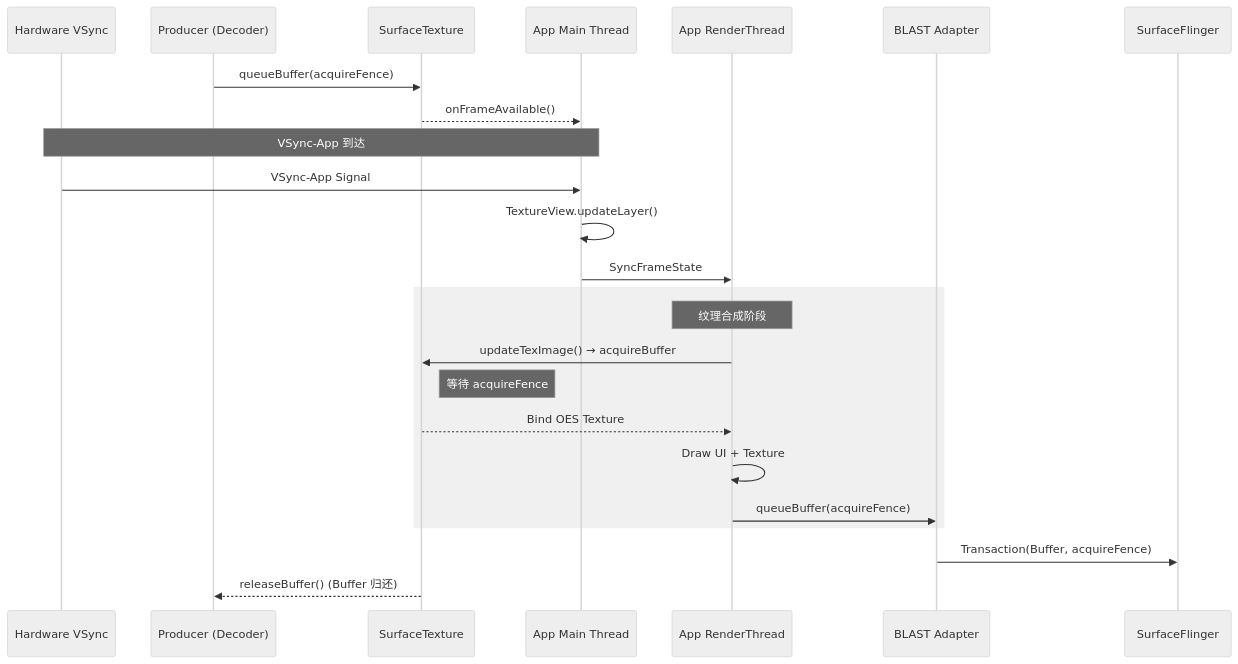
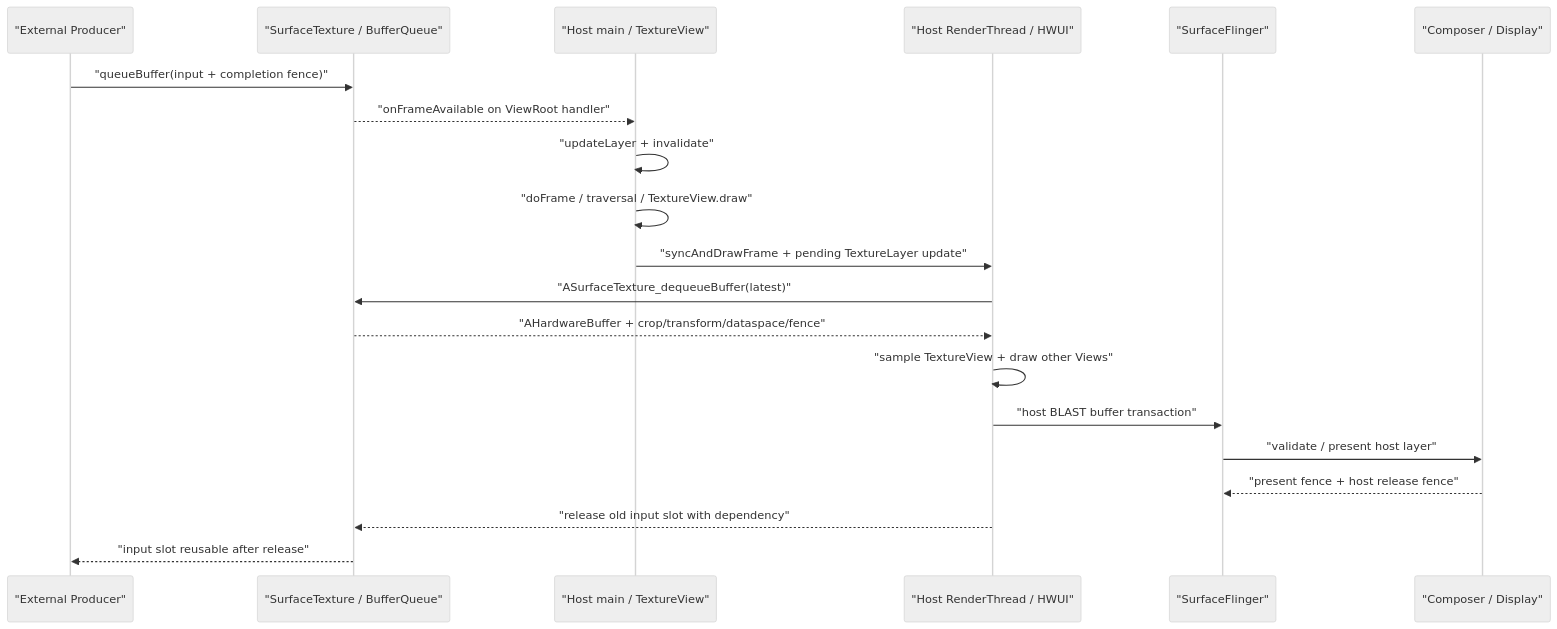
Before and after one commit to Gracker/android-internals-wiki: the diagram in src/part2-performance/ch18-rendering-pipelines/07-textureview.md, drawn with Mermaid (neutral theme). The commit also changed other lines of this file, not shown here.

Commit message:
docs(rendering): rebuild Android 17 TextureView pipeline

````diff
--- a/src/part2-performance/ch18-rendering-pipelines/07-textureview.md
+++ b/src/part2-performance/ch18-rendering-pipelines/07-textureview.md
@@ -114,30 +128,23 @@
 ```mermaid
 sequenceDiagram
-    participant HW as Hardware VSync
-    participant Prod as Producer (Decoder)
-    participant ST as SurfaceTexture
-    participant Main as App Main Thread
-    participant RT as App RenderThread
-    participant BBQ as BLAST Adapter
-    participant SF as SurfaceFlinger
+    participant P as "External Producer"
+    participant ST as "SurfaceTexture / BufferQueue"
+    participant UI as "Host main / TextureView"
+    participant RT as "Host RenderThread / HWUI"
+    participant SF as "SurfaceFlinger"
+    participant HWC as "Composer / Display"
 
-    Prod->>ST: queueBuffer(acquireFence)
-    ST-->>Main: onFrameAvailable()
-
-    Note over HW, Main: VSync-App 到达
-    HW->>Main: VSync-App Signal
-    Main->>Main: TextureView.updateLayer()
-    Main->>RT: SyncFrameState
-
-    rect rgb(240, 240, 240)
-        Note over RT: 纹理合成阶段
-        RT->>ST: updateTexImage() → acquireBuffer
-        Note right of ST: 等待 acquireFence
-        ST-->>RT: Bind OES Texture
-        RT->>RT: Draw UI + Texture
-        RT->>BBQ: queueBuffer(acquireFence)
-    end
-    
-    BBQ->>SF: Transaction(Buffer, acquireFence)
-    ST-->>Prod: releaseBuffer() (Buffer 归还)
+    P->>ST: "queueBuffer(input + completion fence)"
+    ST-->>UI: "onFrameAvailable on ViewRoot handler"
+    UI->>UI: "updateLayer + invalidate"
+    UI->>UI: "doFrame / traversal / TextureView.draw"
+    UI->>RT: "syncAndDrawFrame + pending TextureLayer update"
+    RT->>ST: "ASurfaceTexture_dequeueBuffer(latest)"
+    ST-->>RT: "AHardwareBuffer + crop/transform/dataspace/fence"
+    RT->>RT: "sample TextureView + draw other Views"
+    RT->>SF: "host BLAST buffer transaction"
+    SF->>HWC: "validate / present host layer"
+    HWC-->>SF: "present fence + host release fence"
+    RT-->>ST: "release old input slot with dependency"
+    ST-->>P: "input slot reusable after release"
 ```
````
